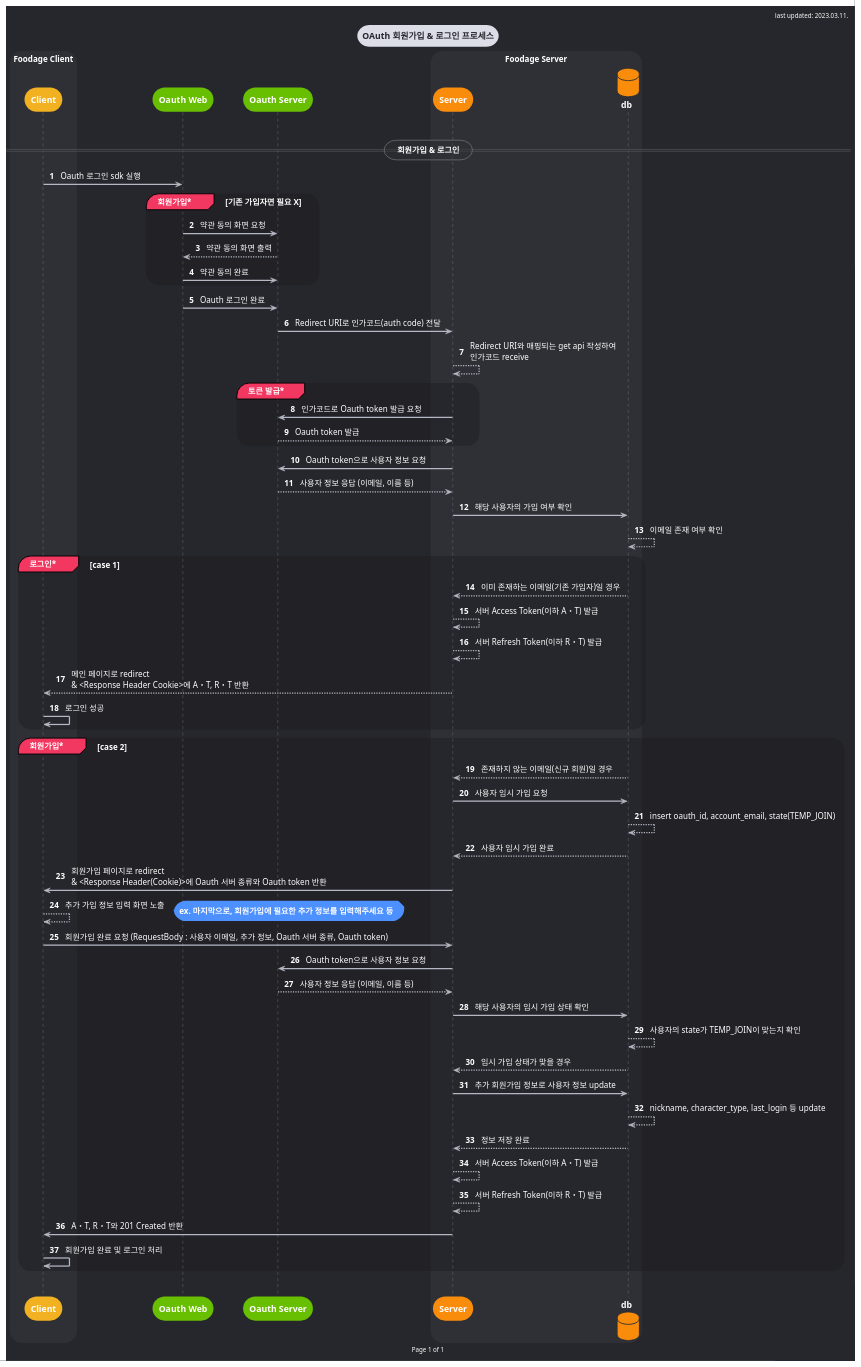
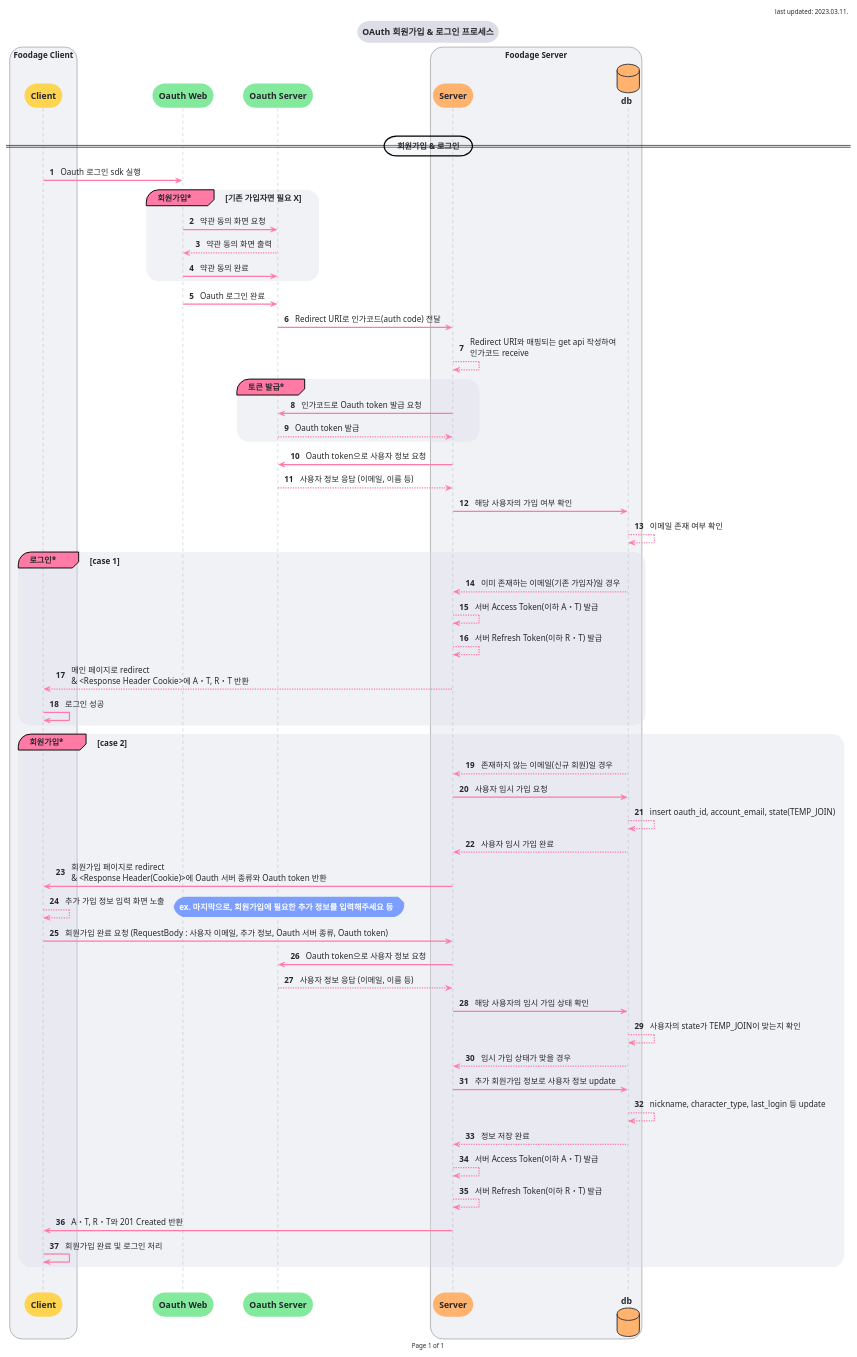
Before and after one commit to foodage/server: the diagram in share/Oauth_로그인&회원가입_프로세스-최종.puml, drawn with PlantUML.

Commit message:
📝 docs: puml 업데이트

```diff
--- a/share/Oauth_로그인&회원가입_프로세스-최종.puml
+++ b/share/Oauth_로그인&회원가입_프로세스-최종.puml
@@ -1,17 +1,29 @@
 @startuml
 '!theme sketchy
 
-''''''''
-' skin '
-''''''''
+'===========================================================
+' info
+'===========================================================
+header last updated: 2023.03.11.
+footer Page %page% of %lastpage%
+title
+    OAuth 회원가입 & 로그인 프로세스
+end title
+
+
+'===========================================================
+' skin
+'===========================================================
 skinparam padding 3
 
-skinparam backgroundColor #26272c
 skinparam roundCorner 40
 skinparam actorStyle awesome
 
+'-----------------------------------------------------------
+' ☀️ light
+'-----------------------------------------------------------
 skinparam default {
-    FontColor White
+    FontColor #26272c
     FontName PT Sans, .AppleSystemUIFont
     FontSize 13
 }
@@ -28,73 +40,151 @@
     FontSize 14
     FontStyle bold
     BorderThickness 0
-    BackgroundColor #fc7f3b
+    BackgroundColor #ffaa7a
 }
 
 skinparam database {
     FontSize 14
     FontStyle bold
-    BackgroundColor #fc7f3b
+    BackgroundColor #ffaa7a
     BorderColor #2f3036
 }
 
 skinparam arrow {
-    Color #b5b8c3
+    Color #ff7aa4
     Thickness 2
     MessageAlignment center
 }
 
 skinparam sequence {
-    GroupBackgroundColor #f23761
-    GroupBodyBackgroundColor #18181b60
+    GroupBackgroundColor #ff7aa4
+    GroupBodyBackgroundColor #dbdde760
     GroupBorderThickness 0
 
     LifeLineBorderColor #91939c
     LifeLineBorderThickness 1
 
-    BoxBackgroundColor #2f3036
+    BoxBackgroundColor #dbdde760
     BoxBorderColor #2f3036
 
-    DividerBackgroundColor #2f303680
-    DividerBorderColor Gray
-    DividerBorderThickness 1
+    DividerBackgroundColor #dbdde230
 }
 skinparam BoxPadding 5
 
 skinparam note {
     FontColor White
     FontStyle bold
-    BackgroundColor #4d90ff
+
+    BackgroundColor #7c9fff
     BorderThickness 0
 }
 
-
-''''''''
-' info '
-''''''''
-header last updated: 2023.03.11.
-footer Page %page% of %lastpage%
-title
-    OAuth 회원가입 & 로그인 프로세스
-end title
+'-----------------------------------------------------------
+' 🌘 dark
+'-----------------------------------------------------------
+'
+'skinparam backgroundColor #26272c
+'skinparam roundCorner 40
+'skinparam actorStyle awesome
+'
+'skinparam default {
+'    FontColor White
+'    FontName PT Sans, .AppleSystemUIFont
+'    FontSize 13
+'}
+'
+'skinparam title {
+'    FontSize 14
+'    FontColor #26272c
+'    BackgroundColor #dbdde7
+'    BorderThickness 0
+'    BorderRoundCorner 40
+'}
+'
+'skinparam participant {
+'    FontSize 14
+'    FontStyle bold
+'    BorderThickness 0
+'    BackgroundColor #fc7f3b
+'}
+'
+'skinparam database {
+'    FontSize 14
+'    FontStyle bold
+'    BackgroundColor #fc7f3b
+'    BorderColor #2f3036
+'}
+'
+'skinparam arrow {
+'    Color #b5b8c3
+'    Thickness 2
+'    MessageAlignment center
+'}
+'
+'skinparam sequence {
+'    GroupBackgroundColor #f23761
+'    GroupBodyBackgroundColor #18181b60
+'    GroupBorderThickness 0
+'
+'    LifeLineBorderColor #91939c
+'    LifeLineBorderThickness 1
+'
+'    BoxBackgroundColor #2f3036
+'    BoxBorderColor #2f3036
+'
+'    DividerBackgroundColor #2f303680
+'    DividerBorderColor Gray
+'    DividerBorderThickness 1
+'}
+'skinparam BoxPadding 5
+'
+'skinparam note {
+'    FontColor White
+'    FontStyle bold
+'    BackgroundColor #4d90ff
+'    BorderThickness 0
+'}
 
 
-'''''''
+'===========================================================
+' box
+'===========================================================
+'-----------------------------------------------------------
+' 🌘 dark
+'-----------------------------------------------------------
+'box Foodage Client
+'    participant "Client" as client #f2b120
+'end box
+
+'participant "Oauth Web" as a_client #68be00
+'participant "Oauth Server" as a_server #68be00
+
+'box Foodage Server
+'    participant "Server" as server #f98c0b
+'    database db #f98c0b
+'end box
+
+'-----------------------------------------------------------
+' ☀️ light
+'-----------------------------------------------------------
 box Foodage Client
-    participant "Client" as client #f2b120
+    participant "Client" as client #ffd451
 end box
-'''''''
-participant "Oauth Web" as a_client #68be00
-participant "Oauth Server" as a_server #68be00
-'''''''
+
+participant "Oauth Web" as a_client #83ea9d
+participant "Oauth Server" as a_server #83ea9d
+
 box Foodage Server
-    participant "Server" as server #f98c0b
-    database db #f98c0b
+    participant "Server" as server #ffb36f
+    database db #ffb36f
 end box
-'''''''
+
 autonumber
 
 
+'===========================================================
+' contents
+'===========================================================
 |||
 == ㅤ회원가입 & 로그인   ==
 
```
